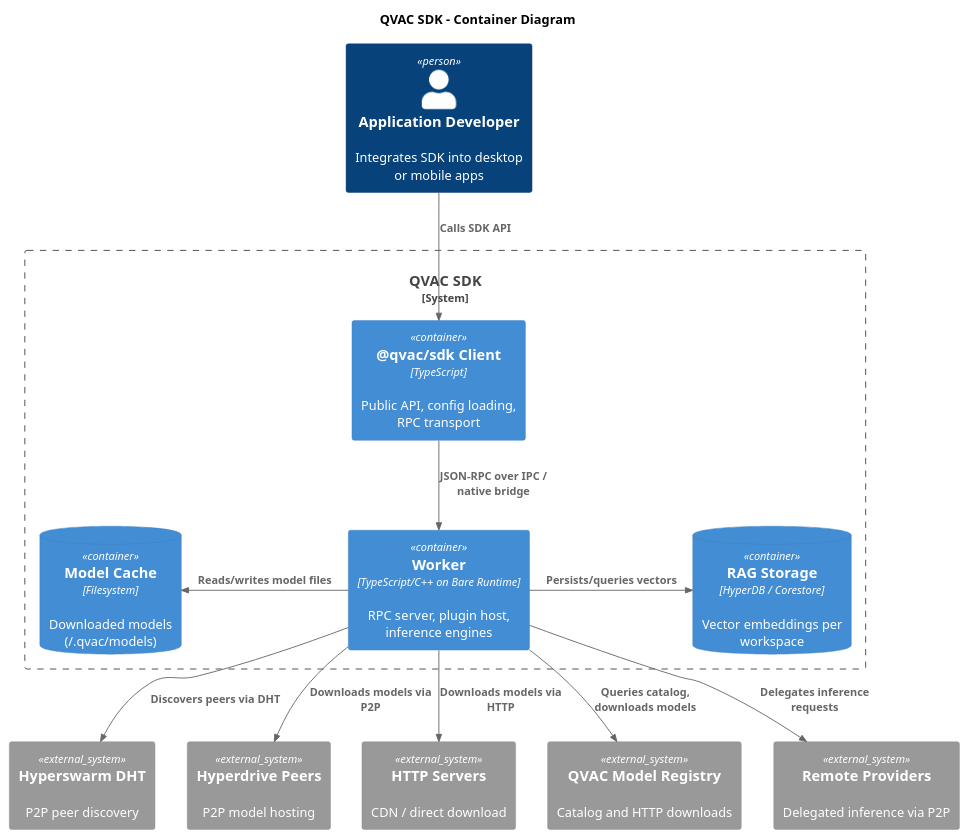
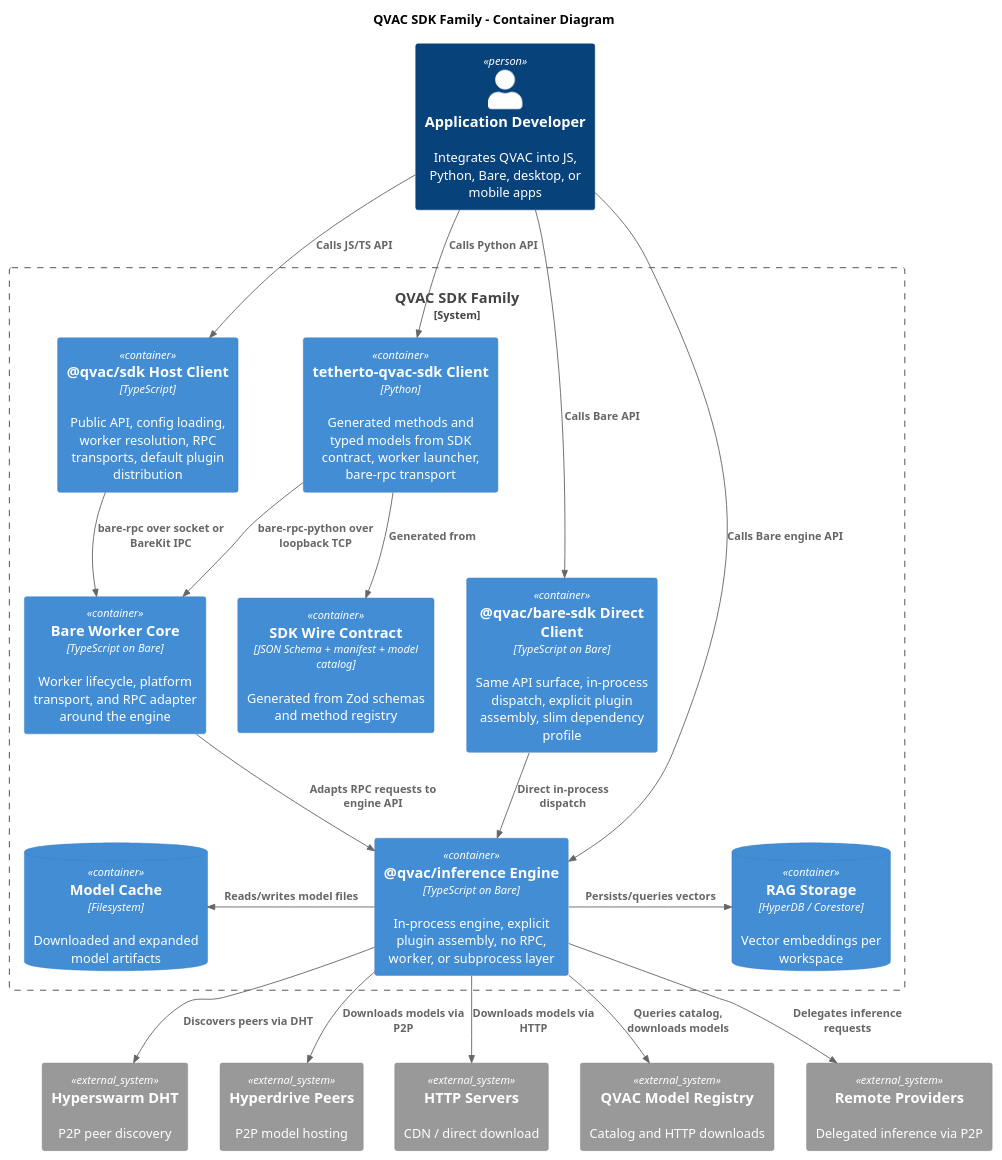
Before and after one commit to Zbig9000/qvac: the diagram in docs/architecture/puml/02-container.puml, drawn with PlantUML. The commit also changed 20 other files, not shown here.

First line of the commit message:
doc[notask]: actualize SDK architecture docs (#3878)

```diff
--- a/docs/architecture/puml/02-container.puml
+++ b/docs/architecture/puml/02-container.puml
@@ -1,36 +1,47 @@
 @startuml
 !include <C4/C4_Container>
 
-title QVAC SDK – Container Diagram
+title QVAC SDK Family - Container Diagram
 
-Person(dev, "Application Developer", "Integrates SDK into desktop or mobile apps")
+Person(dev, "Application Developer", "Integrates QVAC into JS, Python, Bare, desktop, or mobile apps")
 
-System_Boundary(sdk, "QVAC SDK") {
-    Container(client, "@qvac/sdk Client", "TypeScript", "Public API, config loading, RPC transport")
-    Container(worker, "Worker", "TypeScript/C++ on Bare Runtime", "RPC server, plugin host, inference engines")
-    ContainerDb(cache, "Model Cache", "Filesystem", "Downloaded models (~/.qvac/models)")
+System_Boundary(sdk, "QVAC SDK Family") {
+    Container(ts_client, "@qvac/sdk Host Client", "TypeScript", "Public API, config loading, worker resolution, RPC transports, default plugin distribution")
+    Container(bare_client, "@qvac/bare-sdk Direct Client", "TypeScript on Bare", "Same API surface, in-process dispatch, explicit plugin assembly, slim dependency profile")
+    Container(inference, "@qvac/inference Engine", "TypeScript on Bare", "In-process engine, explicit plugin assembly, no RPC, worker, or subprocess layer")
+    Container(py_client, "tetherto-qvac-sdk Client", "Python", "Generated methods and typed models from SDK contract, worker launcher, bare-rpc transport")
+    Container(contract, "SDK Wire Contract", "JSON Schema + manifest + model catalog", "Generated from Zod schemas and method registry")
+    Container(worker, "Bare Worker Core", "TypeScript on Bare", "Worker lifecycle, platform transport, and RPC adapter around the engine")
+    ContainerDb(cache, "Model Cache", "Filesystem", "Downloaded and expanded model artifacts")
     ContainerDb(rag_store, "RAG Storage", "HyperDB / Corestore", "Vector embeddings per workspace")
 }
 
 System_Ext(dht, "Hyperswarm DHT", "P2P peer discovery")
 System_Ext(hyperdrive, "Hyperdrive Peers", "P2P model hosting")
 System_Ext(cdn, "HTTP Servers", "CDN / direct download")
 System_Ext(registry, "QVAC Model Registry", "Catalog and HTTP downloads")
 System_Ext(providers, "Remote Providers", "Delegated inference via P2P")
 
-Rel_D(dev, client, "Calls SDK API")
-Rel_D(client, worker, "JSON-RPC over IPC / native bridge")
-Rel_L(worker, cache, "Reads/writes model files")
-Rel_R(worker, rag_store, "Persists/queries vectors")
-Rel_D(worker, dht, "Discovers peers via DHT")
-Rel_D(worker, hyperdrive, "Downloads models via P2P")
-Rel_D(worker, cdn, "Downloads models via HTTP")
-Rel_D(worker, registry, "Queries catalog, downloads models")
-Rel_D(worker, providers, "Delegates inference requests")
+Rel_D(dev, ts_client, "Calls JS/TS API")
+Rel_D(dev, bare_client, "Calls Bare API")
+Rel_D(dev, inference, "Calls Bare engine API")
+Rel_D(dev, py_client, "Calls Python API")
+Rel_D(py_client, contract, "Generated from")
+Rel_D(ts_client, worker, "bare-rpc over socket or BareKit IPC")
+Rel_D(py_client, worker, "bare-rpc-python over loopback TCP")
+Rel_D(worker, inference, "Adapts RPC requests to engine API")
+Rel_D(bare_client, inference, "Direct in-process dispatch")
+Rel_L(inference, cache, "Reads/writes model files")
+Rel_R(inference, rag_store, "Persists/queries vectors")
+Rel_D(inference, dht, "Discovers peers via DHT")
+Rel_D(inference, hyperdrive, "Downloads models via P2P")
+Rel_D(inference, cdn, "Downloads models via HTTP")
+Rel_D(inference, registry, "Queries catalog, downloads models")
+Rel_D(inference, providers, "Delegates inference requests")
 
 Lay_R(dht, hyperdrive)
 Lay_R(hyperdrive, cdn)
 Lay_R(cdn, registry)
 Lay_R(registry, providers)
 
 @enduml
```
